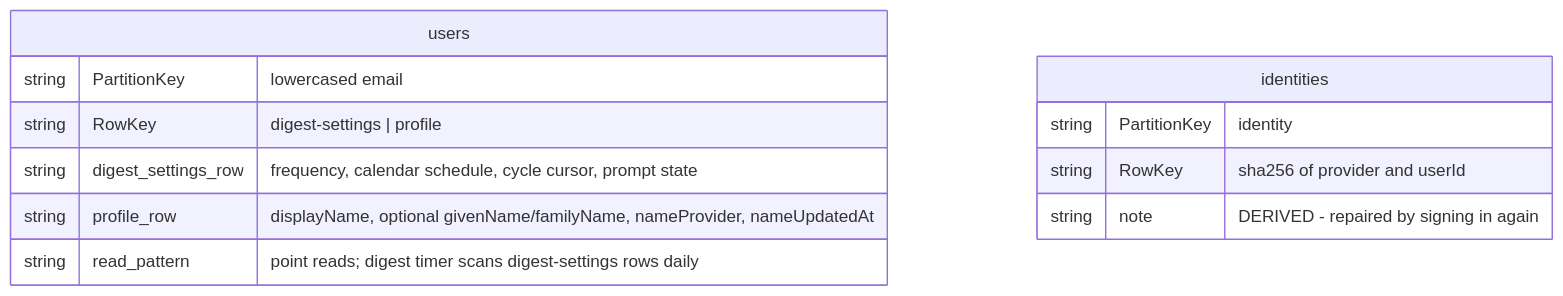
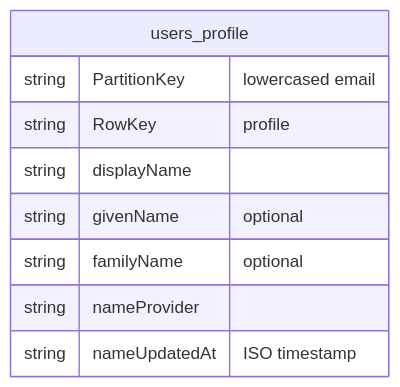
One commit to kurtzeborn/mission-journal changed the sixth of 18 diagrams in docs/architecture.md. Above: the diagram before and after it, drawn with Mermaid. The commit also changed other lines of this file, not shown here.

First line of the commit message:
Clarify table architecture diagrams

````diff
--- a/docs/architecture.md
+++ b/docs/architecture.md
@@ -173,15 +175,12 @@
 ```mermaid
 erDiagram
-    users {
+    users_profile {
         string PartitionKey "lowercased email"
-        string RowKey "digest-settings | profile"
-        string digest_settings_row "frequency, calendar schedule, cycle cursor, prompt state"
-        string profile_row "displayName, optional givenName/familyName, nameProvider, nameUpdatedAt"
-        string read_pattern "point reads; digest timer scans digest-settings rows daily"
-    }
-    identities {
-        string PartitionKey "identity"
-        string RowKey "sha256 of provider and userId"
-        string note "DERIVED - repaired by signing in again"
+        string RowKey "profile"
+        string displayName
+        string givenName "optional"
+        string familyName "optional"
+        string nameProvider
+        string nameUpdatedAt "ISO timestamp"
     }
 ```
````
